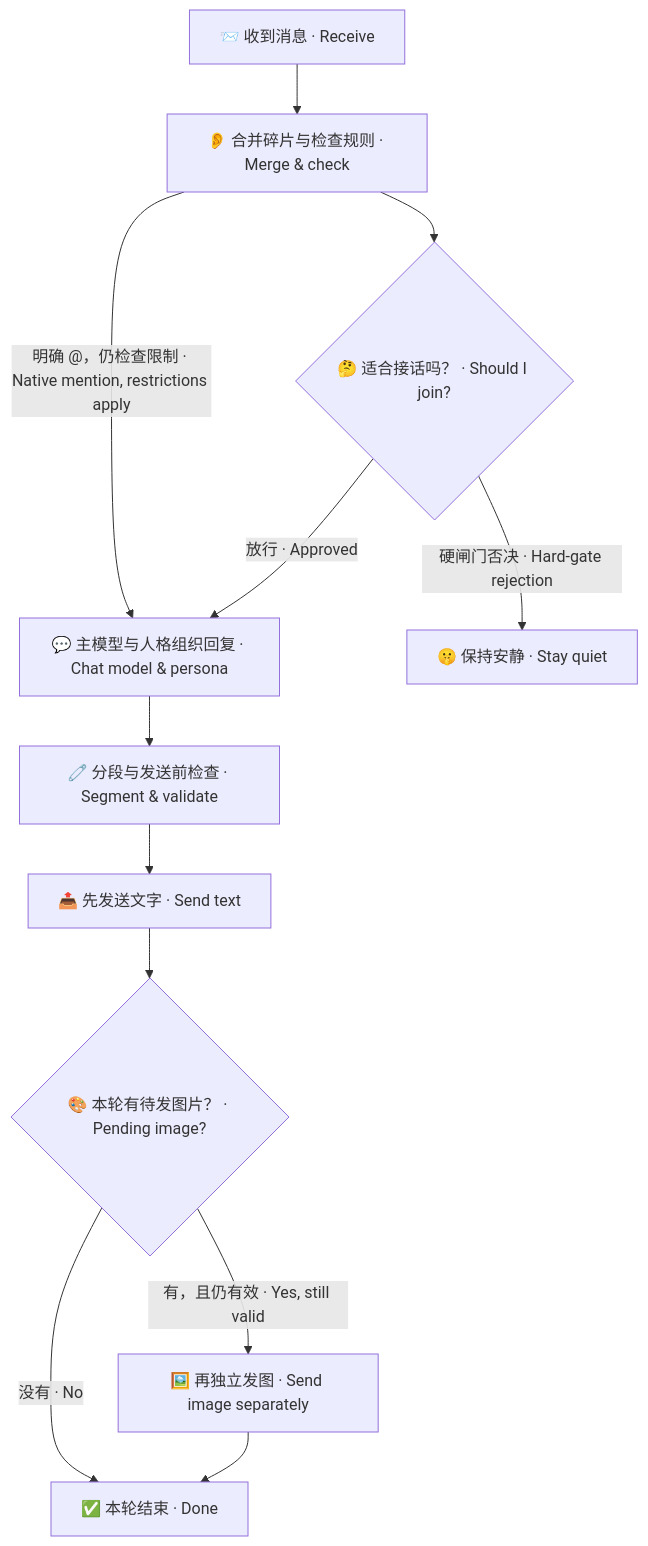
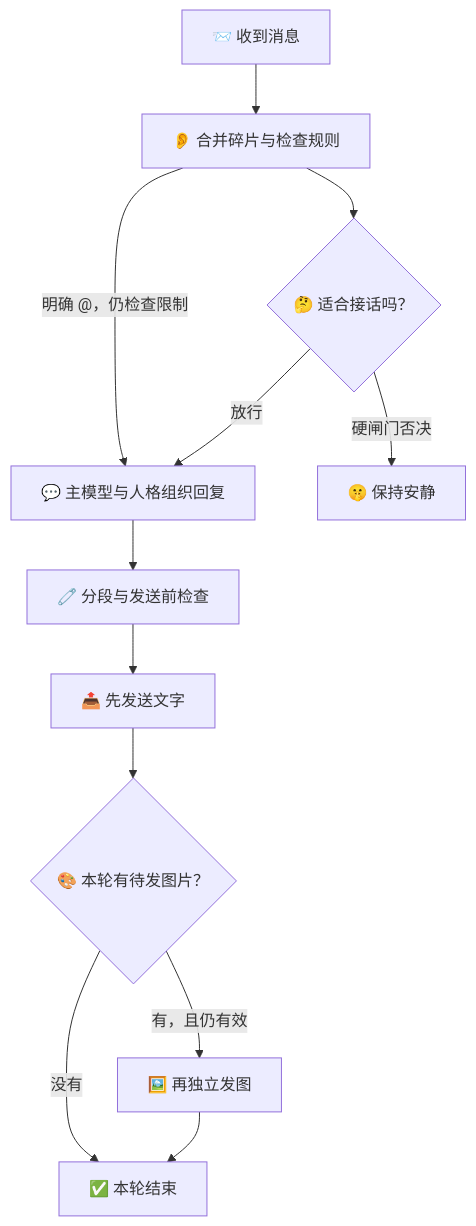
One commit to AKIhunter/astrbot_plugin_livinghello changed the diagram in README.md. Above: the diagram before and after it, drawn with Mermaid. The commit also changed other lines of this file and 1 other file, not shown here.

````diff
--- a/README.md
+++ b/README.md
@@ -255,14 +205,14 @@
 ```mermaid
 flowchart TD
-    A["📨 收到消息 · Receive"] --> B["👂 合并碎片与检查规则 · Merge & check"]
-    B --> C{"🤔 适合接话吗？ · Should I join?"}
-    B -->|"明确 @，仍检查限制 · Native mention, restrictions apply"| E
-    C -->|"硬闸门否决 · Hard-gate rejection"| D["🤫 保持安静 · Stay quiet"]
-    C -->|"放行 · Approved"| E["💬 主模型与人格组织回复 · Chat model & persona"]
-    E --> F["🧷 分段与发送前检查 · Segment & validate"]
-    F --> G["📤 先发送文字 · Send text"]
-    G --> H{"🎨 本轮有待发图片？ · Pending image?"}
-    H -->|"有，且仍有效 · Yes, still valid"| I["🖼️ 再独立发图 · Send image separately"]
-    H -->|"没有 · No"| J["✅ 本轮结束 · Done"]
+    A["📨 收到消息"] --> B["👂 合并碎片与检查规则"]
+    B --> C{"🤔 适合接话吗？"}
+    B -->|"明确 @，仍检查限制"| E
+    C -->|"硬闸门否决"| D["🤫 保持安静"]
+    C -->|"放行"| E["💬 主模型与人格组织回复"]
+    E --> F["🧷 分段与发送前检查"]
+    F --> G["📤 先发送文字"]
+    G --> H{"🎨 本轮有待发图片？"}
+    H -->|"有，且仍有效"| I["🖼️ 再独立发图"]
+    H -->|"没有"| J["✅ 本轮结束"]
     I --> J
 ```
````
